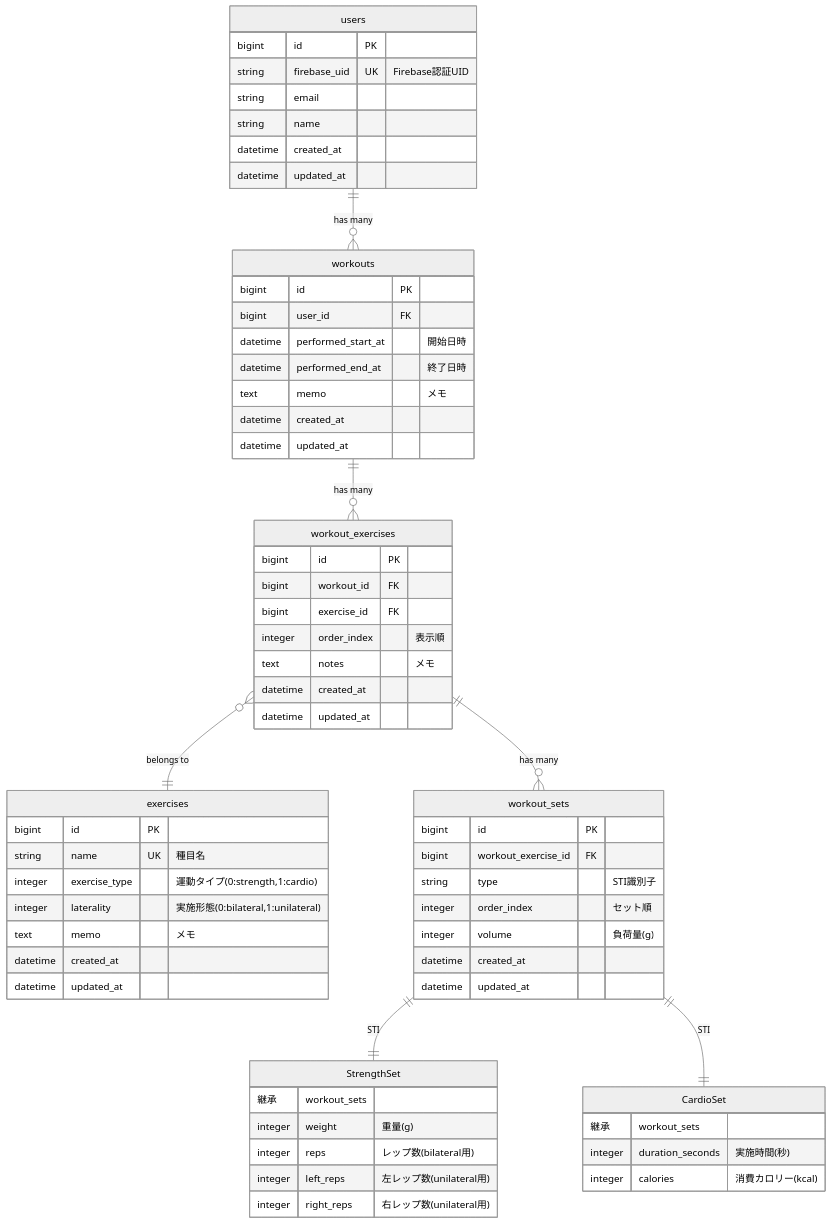
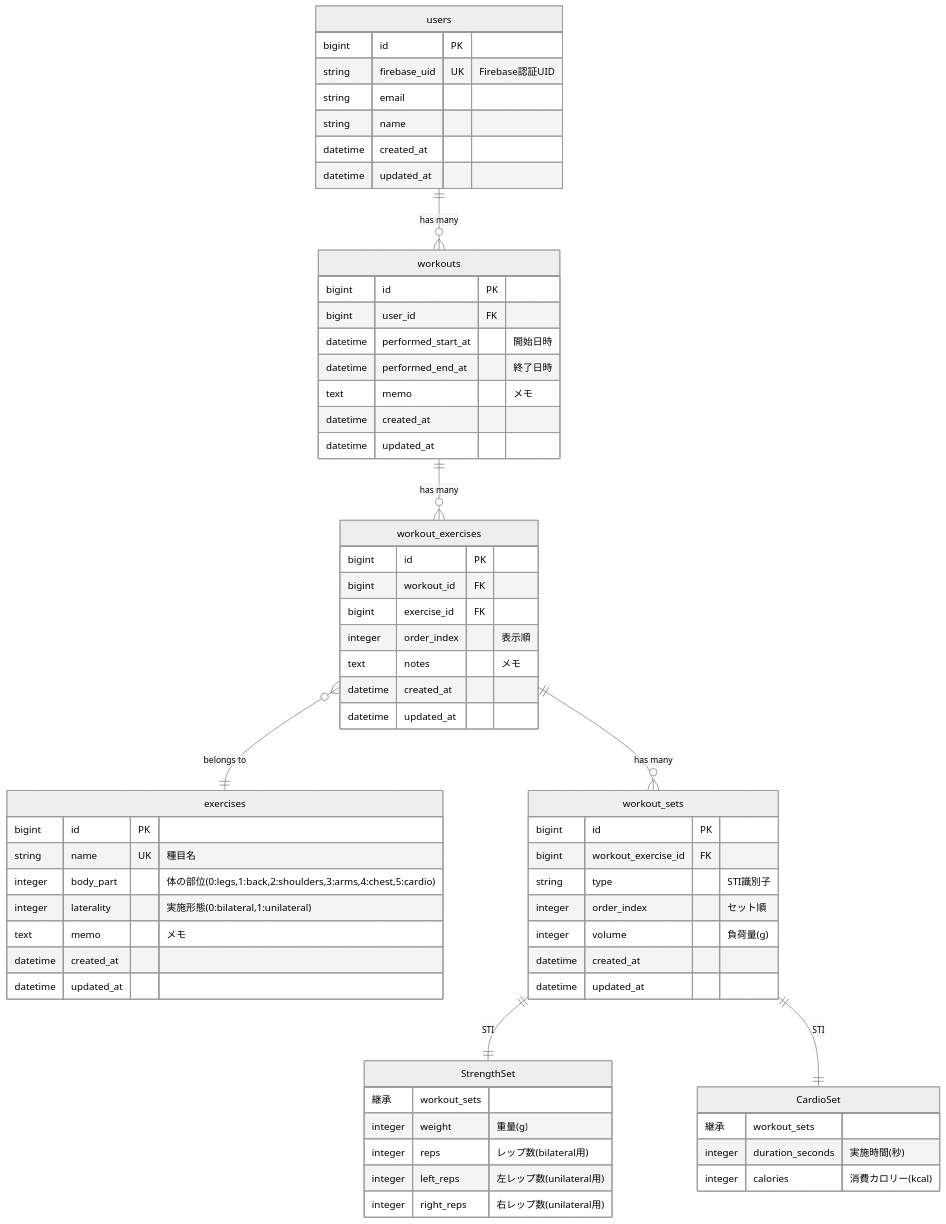
One commit to ANTON072/gym-note-api changed the diagram in docs/データベース設計.md. Above: the diagram before and after it, drawn with Mermaid (neutral theme). The commit also changed other lines of this file and 4 other files, not shown here.

````diff
--- a/docs/データベース設計.md
+++ b/docs/データベース設計.md
@@ -5,72 +5,72 @@
 ```mermaid
 erDiagram
     users ||--o{ workouts : "has many"
     workouts ||--o{ workout_exercises : "has many"
     workout_exercises }o--|| exercises : "belongs to"
     workout_exercises ||--o{ workout_sets : "has many"
     workout_sets ||--|| StrengthSet : "STI"
     workout_sets ||--|| CardioSet : "STI"
 
     users {
         bigint id PK
         string firebase_uid UK "Firebase認証UID"
         string email
         string name
         datetime created_at
         datetime updated_at
     }
 
     exercises {
         bigint id PK
         string name UK "種目名"
-        integer exercise_type "運動タイプ(0:strength,1:cardio)"
+        integer body_part "体の部位(0:legs,1:back,2:shoulders,3:arms,4:chest,5:cardio)"
         integer laterality "実施形態(0:bilateral,1:unilateral)"
         text memo "メモ"
         datetime created_at
         datetime updated_at
     }
 
     workouts {
         bigint id PK
         bigint user_id FK
         datetime performed_start_at "開始日時"
         datetime performed_end_at "終了日時"
         text memo "メモ"
         datetime created_at
         datetime updated_at
     }
 
     workout_exercises {
         bigint id PK
         bigint workout_id FK
         bigint exercise_id FK
         integer order_index "表示順"
         text notes "メモ"
         datetime created_at
         datetime updated_at
     }
 
     workout_sets {
         bigint id PK
         bigint workout_exercise_id FK
         string type "STI識別子"
         integer order_index "セット順"
         integer volume "負荷量(g)"
         datetime created_at
         datetime updated_at
     }
 
     StrengthSet {
         継承 workout_sets
         integer weight "重量(g)"
         integer reps "レップ数(bilateral用)"
         integer left_reps "左レップ数(unilateral用)"
         integer right_reps "右レップ数(unilateral用)"
     }
 
     CardioSet {
         継承 workout_sets
         integer duration_seconds "実施時間(秒)"
         integer calories "消費カロリー(kcal)"
     }
 ```
````
